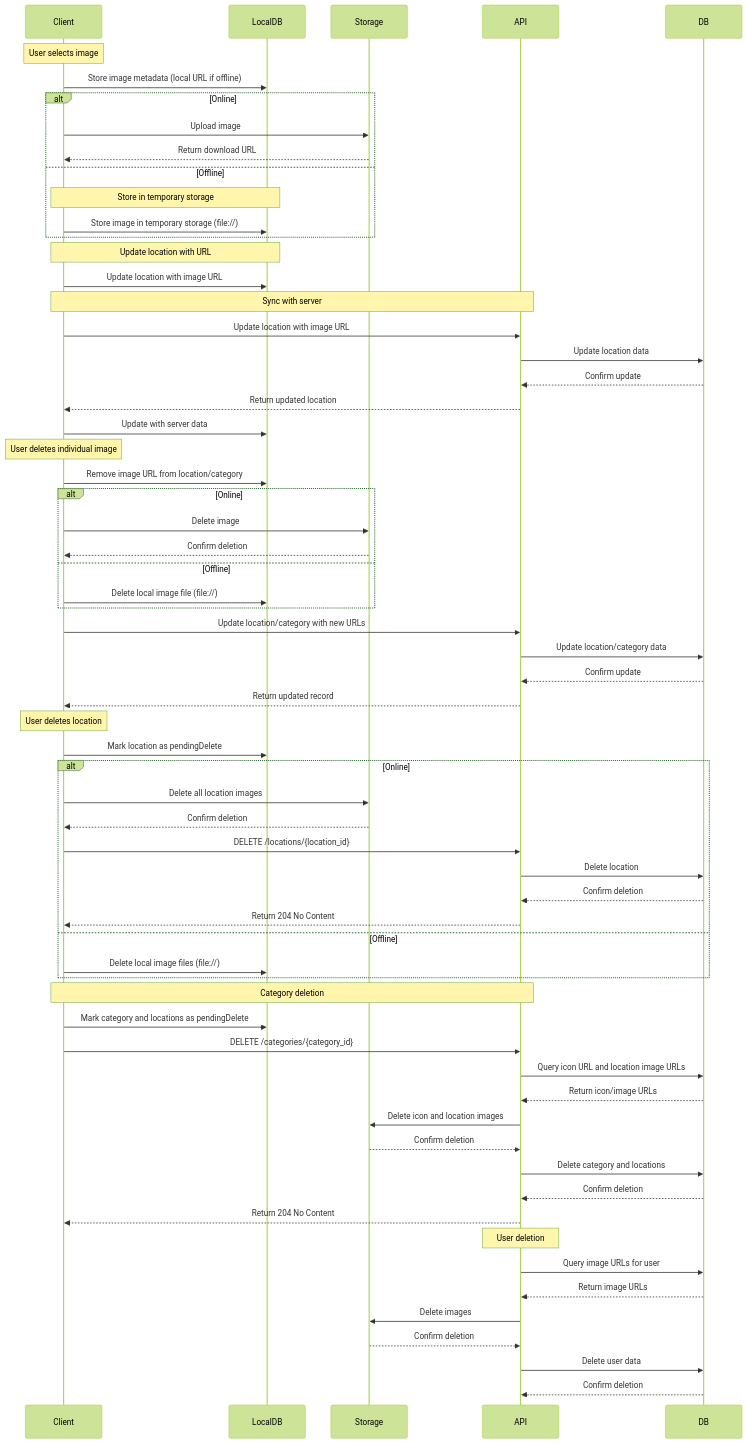
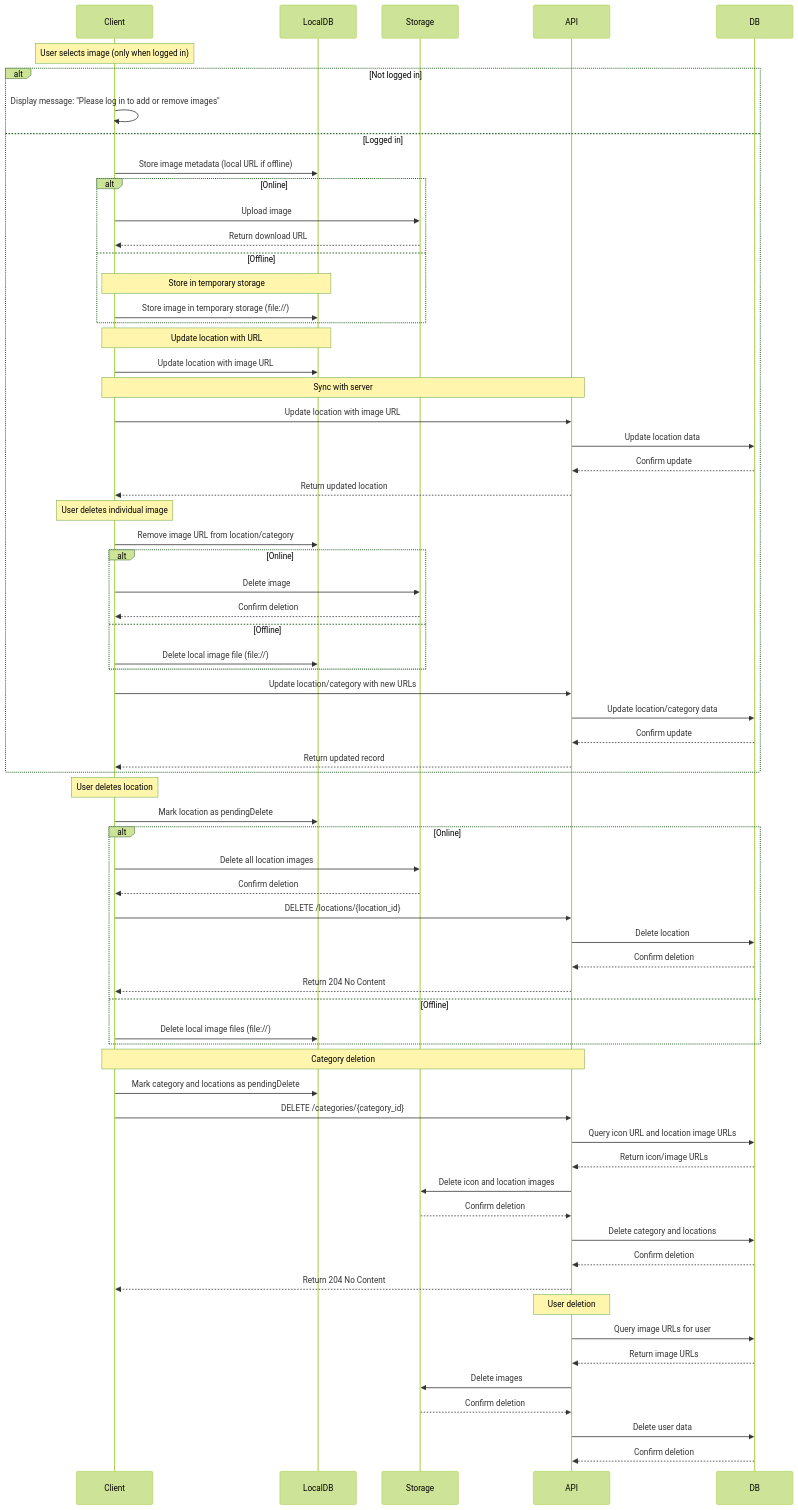
The fourth of 5 diagrams in docs/Locify_System_Architecture.md (lhhiep2204/Locify), drawn with Mermaid (forest theme) before and after one commit. The commit also changed other lines of this file and 2 other files, not shown here.

Commit message:
Restrict image selection in location details to logged-in users

````diff
--- a/docs/Locify_System_Architecture.md
+++ b/docs/Locify_System_Architecture.md
@@ -173,67 +173,70 @@
 ```mermaid
 sequenceDiagram
     participant Client
     participant LocalDB
     participant Storage
     participant API
     participant DB
 
-    Note over Client: User selects image
-    Client->>LocalDB: Store image metadata (local URL if offline)
-    alt Online
-        Client->>Storage: Upload image
-        Storage-->>Client: Return download URL
-    else Offline
-        Note over Client,LocalDB: Store in temporary storage
-        Client->>LocalDB: Store image in temporary storage (file://)
+    Note over Client: User selects image (only when logged in)
+    alt Not logged in
+        Client->>Client: Display message: "Please log in to add or remove images"
+    else Logged in
+        Client->>LocalDB: Store image metadata (local URL if offline)
+        alt Online
+            Client->>Storage: Upload image
+            Storage-->>Client: Return download URL
+        else Offline
+            Note over Client,LocalDB: Store in temporary storage
+            Client->>LocalDB: Store image in temporary storage (file://)
+        end
+        Note over Client,LocalDB: Update location with URL
+        Client->>LocalDB: Update location with image URL
+        Note over Client,API: Sync with server
+        Client->>API: Update location with image URL
+        API->>DB: Update location data
+        DB-->>API: Confirm update
+        API-->>Client: Return updated location
+        Note over Client: User deletes individual image
+        Client->>LocalDB: Remove image URL from location/category
+        alt Online
+            Client->>Storage: Delete image
+            Storage-->>Client: Confirm deletion
+        else Offline
+            Client->>LocalDB: Delete local image file (file://)
+        end
+        Client->>API: Update location/category with new URLs
+        API->>DB: Update location/category data
+        DB-->>API: Confirm update
+        API-->>Client: Return updated record
     end
-    Note over Client,LocalDB: Update location with URL
-    Client->>LocalDB: Update location with image URL
-    Note over Client,API: Sync with server
-    Client->>API: Update location with image URL
-    API->>DB: Update location data
-    DB-->>API: Confirm update
-    API-->>Client: Return updated location
-    Client->>LocalDB: Update with server data
-    Note over Client: User deletes individual image
-    Client->>LocalDB: Remove image URL from location/category
-    alt Online
-        Client->>Storage: Delete image
-        Storage-->>Client: Confirm deletion
-    else Offline
-        Client->>LocalDB: Delete local image file (file://)
-    end
-    Client->>API: Update location/category with new URLs
-    API->>DB: Update location/category data
-    DB-->>API: Confirm update
-    API-->>Client: Return updated record
     Note over Client: User deletes location
     Client->>LocalDB: Mark location as pendingDelete
     alt Online
         Client->>Storage: Delete all location images
         Storage-->>Client: Confirm deletion
         Client->>API: DELETE /locations/{location_id}
         API->>DB: Delete location
         DB-->>API: Confirm deletion
         API-->>Client: Return 204 No Content
     else Offline
         Client->>LocalDB: Delete local image files (file://)
     end
     Note over Client,API: Category deletion
     Client->>LocalDB: Mark category and locations as pendingDelete
     Client->>API: DELETE /categories/{category_id}
     API->>DB: Query icon URL and location image URLs
     DB-->>API: Return icon/image URLs
     API->>Storage: Delete icon and location images
     Storage-->>API: Confirm deletion
     API->>DB: Delete category and locations
     DB-->>API: Confirm deletion
     API-->>Client: Return 204 No Content
     Note over API: User deletion
     API->>DB: Query image URLs for user
     DB-->>API: Return image URLs
     API->>Storage: Delete images
     Storage-->>API: Confirm deletion
     API->>DB: Delete user data
     DB-->>API: Confirm deletion
 ```
````
